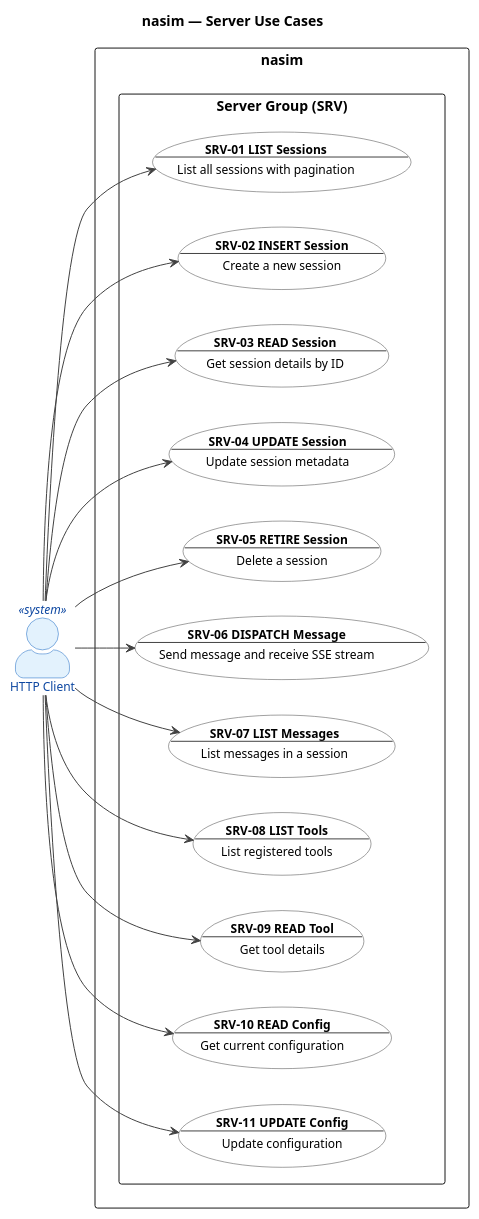
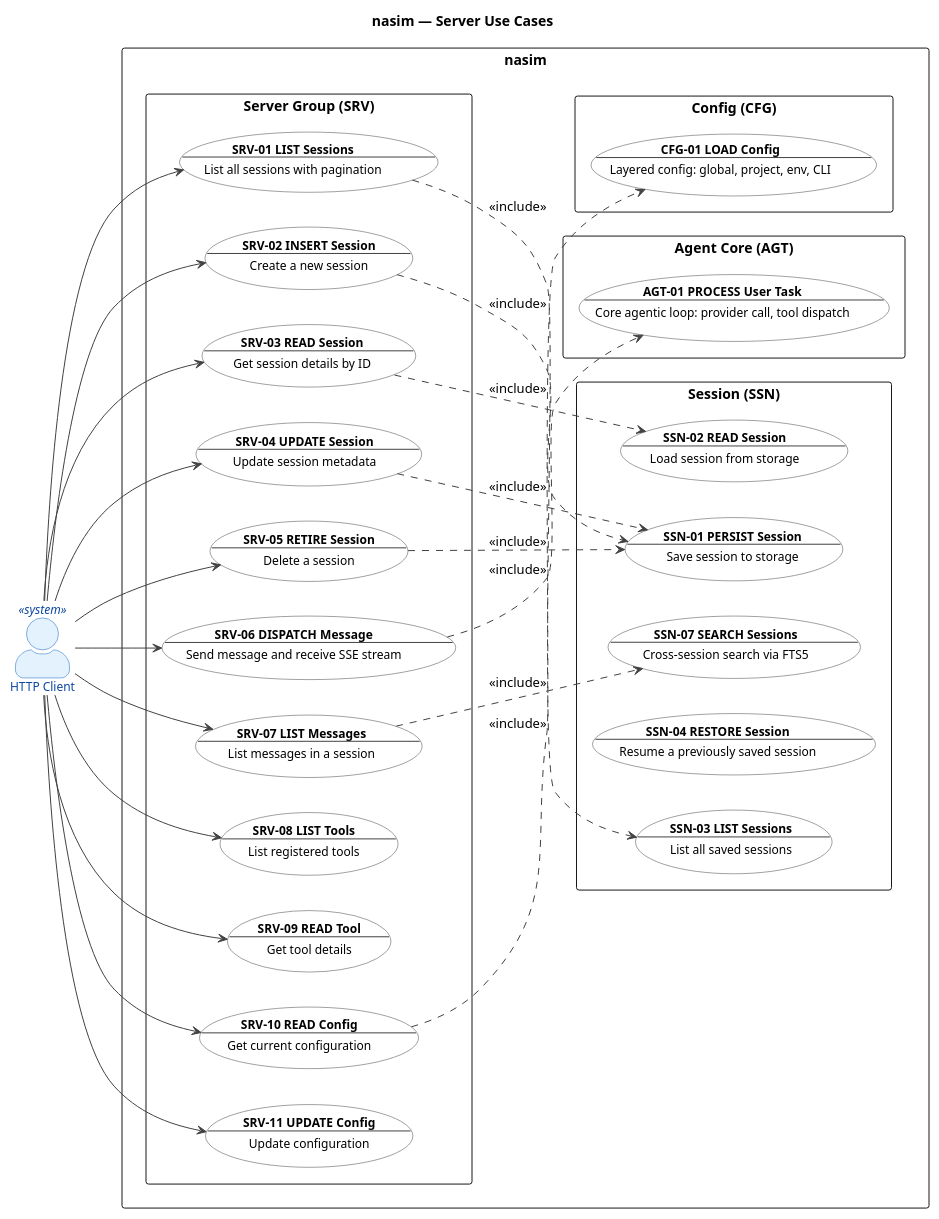
The second of 22 diagrams in UC.md (salimnamvar/nasim), drawn with PlantUML before and after one commit. The commit also changed other lines of this file and 9 other files, not shown here.

```diff
--- a/UC.md
+++ b/UC.md
@@ -309,6 +317,22 @@
     usecase "**SRV-10 READ Config**\n--\nGet current configuration" as SRV10
     usecase "**SRV-11 UPDATE Config**\n--\nUpdate configuration" as SRV11
   }
+
+  package "Session (SSN)" {
+    usecase "**SSN-01 PERSIST Session**\n--\nSave session to storage" as SSN01
+    usecase "**SSN-02 READ Session**\n--\nLoad session from storage" as SSN02
+    usecase "**SSN-03 LIST Sessions**\n--\nList all saved sessions" as SSN03
+    usecase "**SSN-04 RESTORE Session**\n--\nResume a previously saved session" as SSN04
+    usecase "**SSN-07 SEARCH Sessions**\n--\nCross-session search via FTS5" as SSN07
+  }
+
+  package "Agent Core (AGT)" {
+    usecase "**AGT-01 PROCESS User Task**\n--\nCore agentic loop: provider call, tool dispatch" as AGT01
+  }
+
+  package "Config (CFG)" {
+    usecase "**CFG-01 LOAD Config**\n--\nLayered config: global, project, env, CLI" as CFG01
+  }
 }
 
 ' ============================================================
@@ -327,4 +351,17 @@
 HTTPClient --> SRV10
 HTTPClient --> SRV11
 
+' ============================================================
+' Relationships (Boundary -> Internal UC traceability)
+' ============================================================
+
+SRV01 ..> SSN03 : <<include>>
+SRV02 ..> SSN01 : <<include>>
+SRV03 ..> SSN02 : <<include>>
+SRV04 ..> SSN01 : <<include>>
+SRV05 ..> SSN01 : <<include>>
+SRV06 ..> AGT01 : <<include>>
+SRV07 ..> SSN07 : <<include>>
+SRV10 ..> CFG01 : <<include>>
+
 @enduml
```
